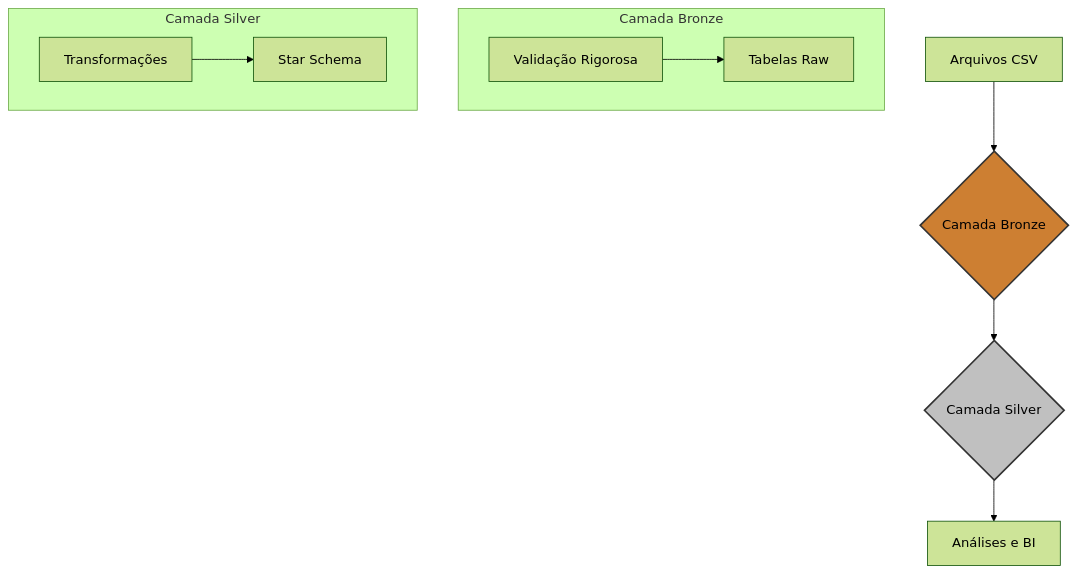
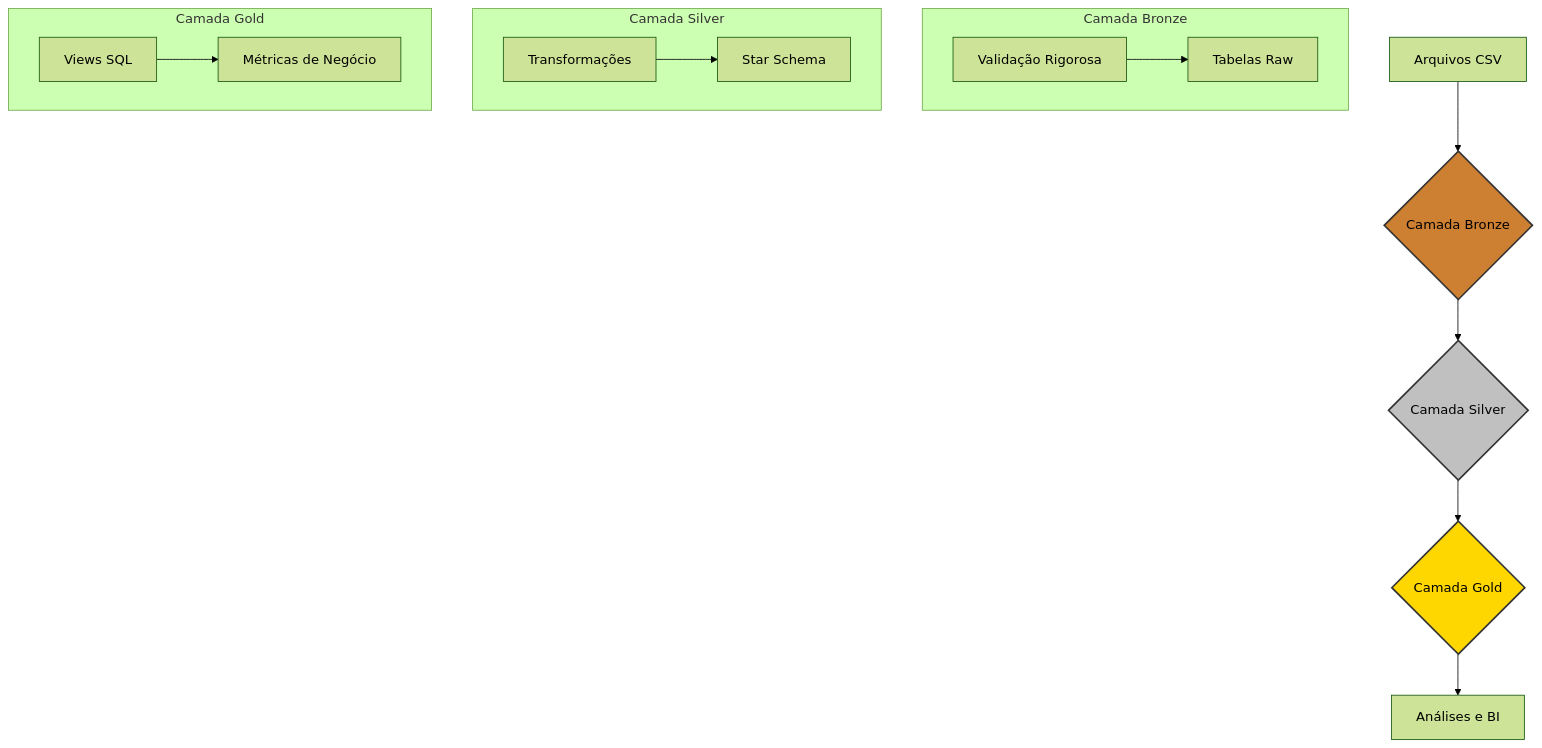
The diagram in README.md (brunocredits/credits-dw), drawn with Mermaid (forest theme) before and after one commit. The commit also changed other lines of this file, not shown here.

First line of the commit message:
docs: adicionar camada Gold ao README (v4.2)

````diff
--- a/README.md
+++ b/README.md
@@ -26,19 +26,26 @@
 ```mermaid
 graph TD
     A[Arquivos CSV] --> B{Camada Bronze};
     B --> C{Camada Silver};
-    C --> D[Análises e BI];
+    C --> D{Camada Gold};
+    D --> E[Análises e BI];
 
     subgraph Camada Bronze
         direction LR
         B_IN[Validação Rigorosa] --> B_OUT[Tabelas Raw];
     end
 
     subgraph Camada Silver
         direction LR
         C_IN[Transformações] --> C_OUT[Star Schema];
     end
 
+    subgraph Camada Gold
+        direction LR
+        D_IN[Views SQL] --> D_OUT[Métricas de Negócio];
+    end
+
     style B fill:#CD7F32,stroke:#333,stroke-width:2px
     style C fill:#C0C0C0,stroke:#333,stroke-width:2px
+    style D fill:#FFD700,stroke:#333,stroke-width:2px
 ```
````
